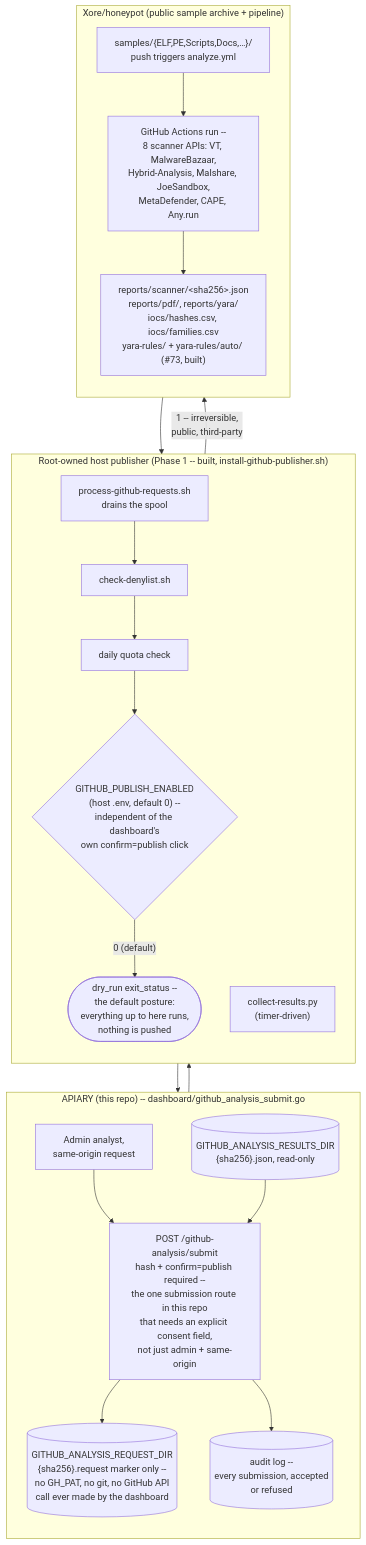
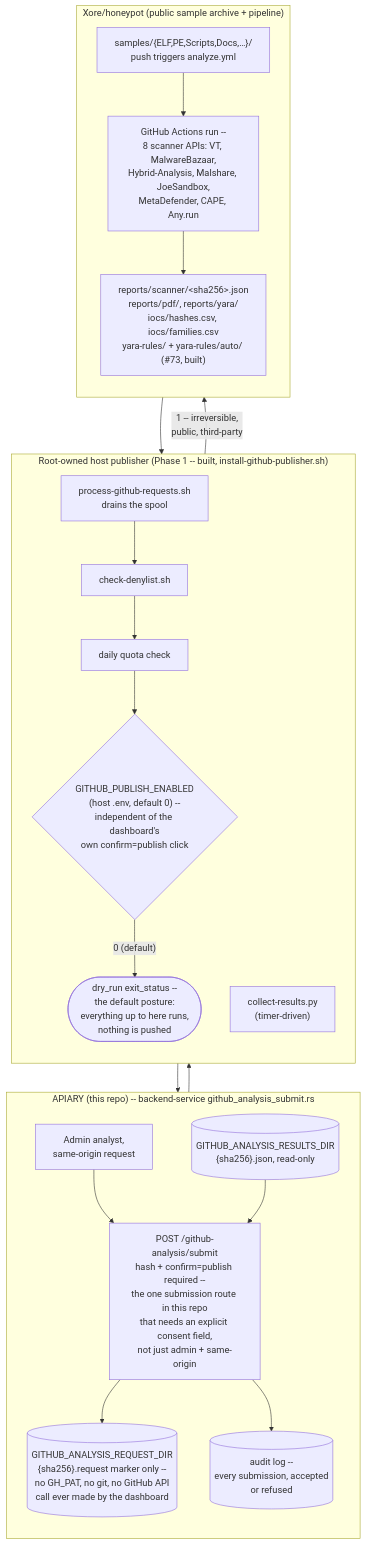
The diagram in docs/analysis/README.md (Xore/APIARY), drawn with Mermaid before and after one commit. The commit also changed other lines of this file and 17 other files, not shown here.

````diff
--- a/docs/analysis/README.md
+++ b/docs/analysis/README.md
@@ -25,39 +26,39 @@
 ```mermaid
 flowchart TB
-    subgraph HS["APIARY (this repo) -- dashboard/github_analysis_submit.go"]
+    subgraph HS["APIARY (this repo) -- backend-service github_analysis_submit.rs"]
         direction TB
         analyst["Admin analyst,<br/>same-origin request"]
         submit["POST /github-analysis/submit<br/>hash + confirm=publish required --<br/>the one submission route in this repo<br/>that needs an explicit consent field,<br/>not just admin + same-origin"]
         reqSpool[("GITHUB_ANALYSIS_REQUEST_DIR<br/>{sha256}.request marker only --<br/>no GH_PAT, no git, no GitHub API<br/>call ever made by the dashboard")]
         audit[("audit log --<br/>every submission, accepted<br/>or refused")]
         resultsDir[("GITHUB_ANALYSIS_RESULTS_DIR<br/>{sha256}.json, read-only")]
         analyst --> submit
         submit --> reqSpool
         submit --> audit
         resultsDir --> submit
     end
 
     subgraph HostPub["Root-owned host publisher (Phase 1 -- built, install-github-publisher.sh)"]
         direction TB
         process["process-github-requests.sh<br/>drains the spool"]
         denylist["check-denylist.sh"]
         quota["daily quota check"]
         gate{"GITHUB_PUBLISH_ENABLED<br/>(host .env, default 0) --<br/>independent of the dashboard's<br/>own confirm=publish click"}
         dryrun(["dry_run exit_status --<br/>the default posture:<br/>everything up to here runs,<br/>nothing is pushed"])
         collect["collect-results.py<br/>(timer-driven)"]
         process --> denylist --> quota --> gate
         gate -->|"0 (default)"| dryrun
     end
 
     subgraph XH["Xore/honeypot (public sample archive + pipeline)"]
         direction TB
         samples["samples/{ELF,PE,Scripts,Docs,…}/<br/>push triggers analyze.yml"]
         actions["GitHub Actions run --<br/>8 scanner APIs: VT, MalwareBazaar,<br/>Hybrid-Analysis, Malshare, JoeSandbox,<br/>MetaDefender, CAPE, Any.run"]
         outputs["reports/scanner/&lt;sha256&gt;.json<br/>reports/pdf/, reports/yara/<br/>iocs/hashes.csv, iocs/families.csv<br/>yara-rules/ + yara-rules/auto/ (#73, built)"]
         samples --> actions --> outputs
     end
 
     reqSpool --> process
     gate -->|"1 -- irreversible,<br/>public, third-party"| samples
     outputs --> collect --> resultsDir
 ```
````
